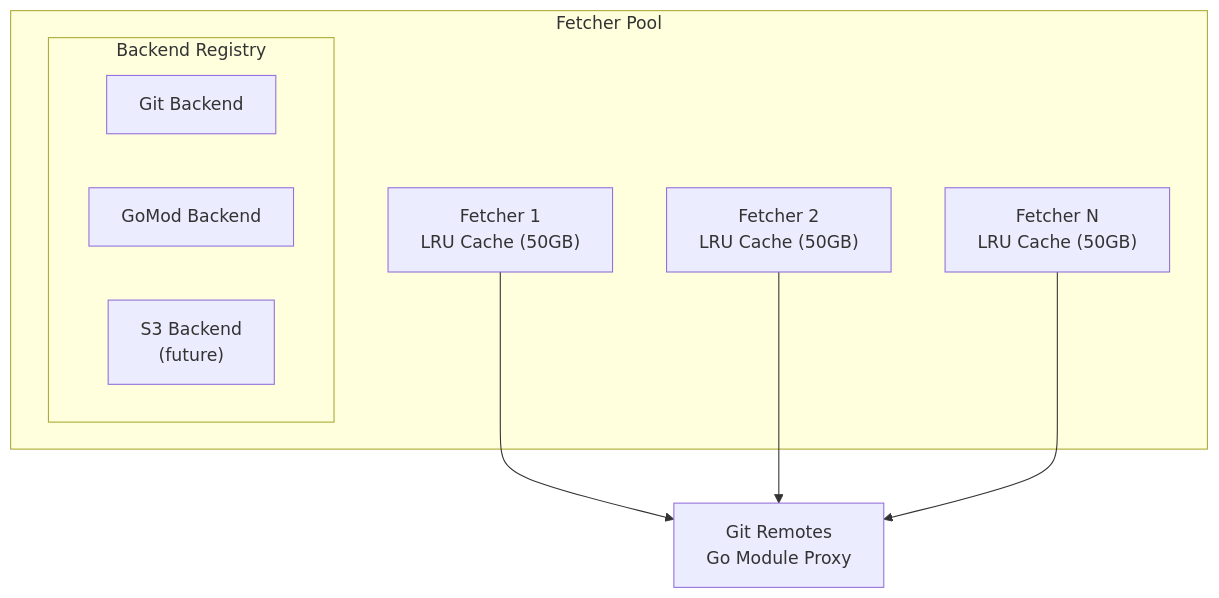
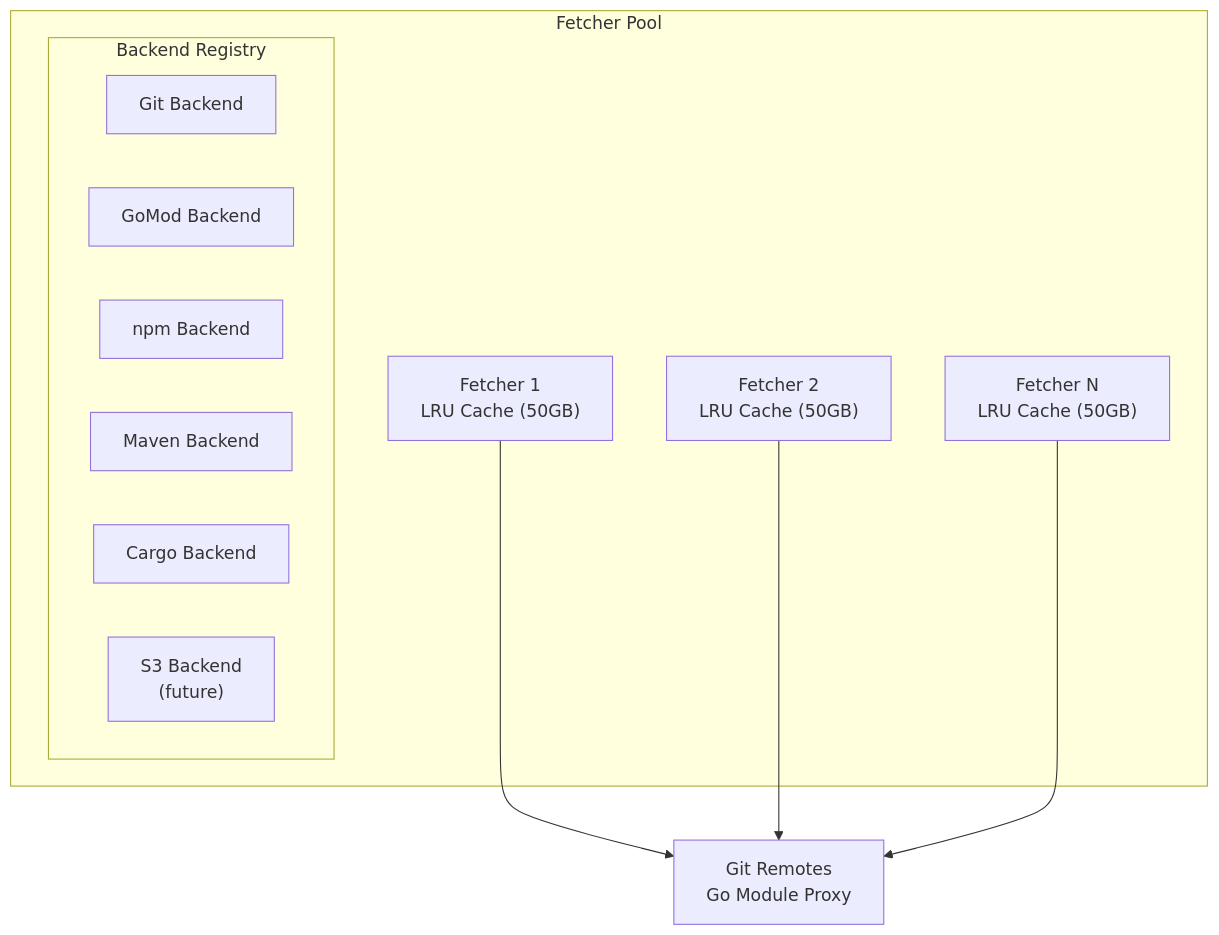
One commit to radryc/monofs changed the tenth of 10 diagrams in docs/ARCHITECTURE.md. Above: the diagram before and after it, drawn with Mermaid. The commit also changed other lines of this file and 58 other files, not shown here.

First line of the commit message:
feat: add multi-backend ingestion for npm, Maven, Cargo with modular handler pattern

````diff
--- a/docs/ARCHITECTURE.md
+++ b/docs/ARCHITECTURE.md
@@ -266,20 +272,23 @@
 ```mermaid
 flowchart TB
     subgraph Pool["Fetcher Pool"]
         subgraph Registry["Backend Registry"]
             Git["Git Backend"]
             GoMod["GoMod Backend"]
+            NPM["npm Backend"]
+            Maven["Maven Backend"]
+            Cargo["Cargo Backend"]
             S3["S3 Backend<br/>(future)"]
         end
         
         F1["Fetcher 1<br/>LRU Cache (50GB)"]
         F2["Fetcher 2<br/>LRU Cache (50GB)"]
         FN["Fetcher N<br/>LRU Cache (50GB)"]
     end
     
     External["Git Remotes<br/>Go Module Proxy"]
     
     F1 --> External
     F2 --> External
     FN --> External
 ```
````
